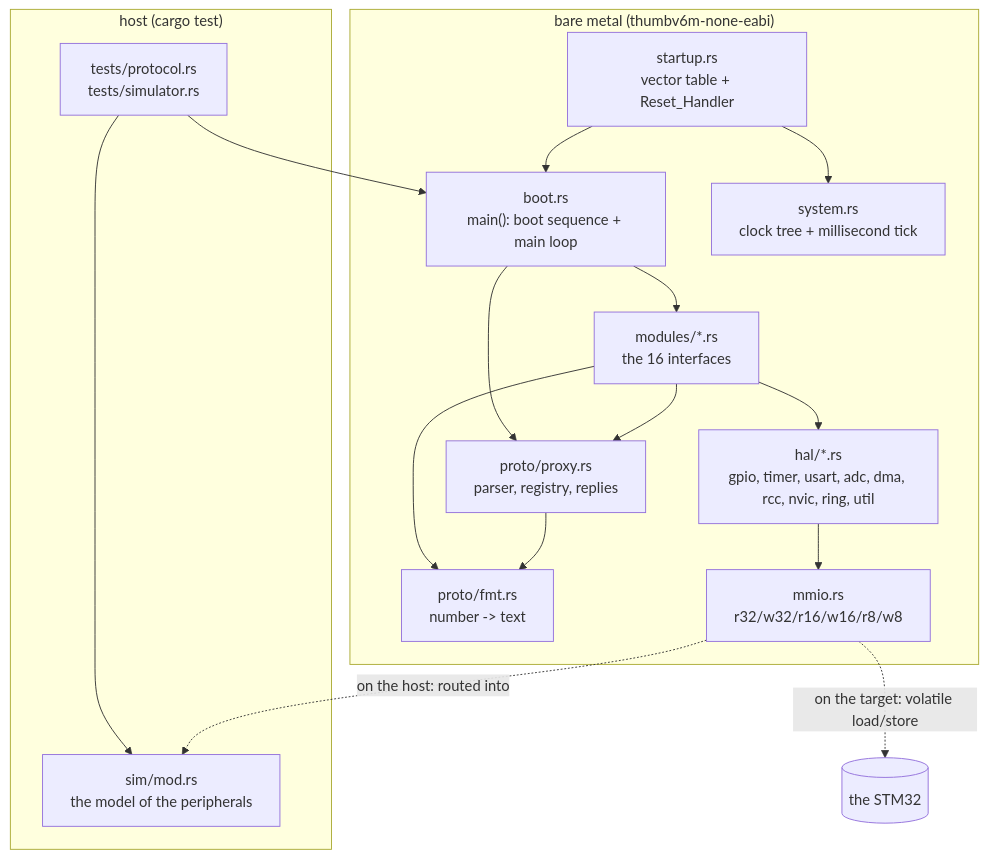
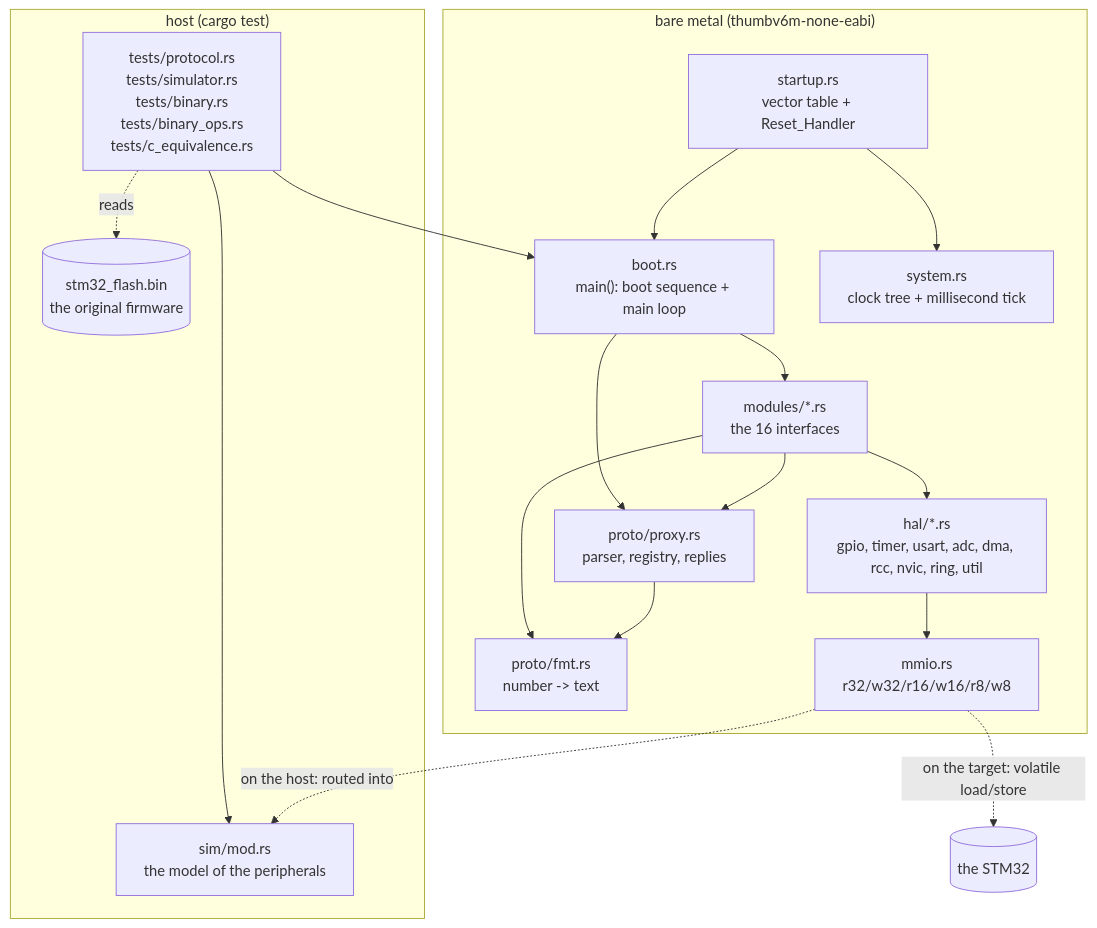
The first of 4 diagrams in rust/ARCHITECTURE.md (mikes28/codie-firmware), drawn with Mermaid before and after one commit. The commit also changed other lines of this file and 26 other files, not shown here.

````diff
--- a/rust/ARCHITECTURE.md
+++ b/rust/ARCHITECTURE.md
@@ -11,32 +11,33 @@
 ```mermaid
 flowchart TD
     subgraph target["bare metal (thumbv6m-none-eabi)"]
         VEC["startup.rs<br/>vector table + Reset_Handler"]
         BOOT["boot.rs<br/>main(): boot sequence + main loop"]
         SYS["system.rs<br/>clock tree + millisecond tick"]
         MOD["modules/*.rs<br/>the 16 interfaces"]
         PROTO["proto/proxy.rs<br/>parser, registry, replies"]
         FMT["proto/fmt.rs<br/>number -> text"]
         HAL["hal/*.rs<br/>gpio, timer, usart, adc, dma, rcc, nvic, ring, util"]
         MMIO["mmio.rs<br/>r32/w32/r16/w16/r8/w8"]
         VEC --> BOOT
         VEC --> SYS
         BOOT --> MOD
         BOOT --> PROTO
         MOD --> PROTO
         MOD --> HAL
         MOD --> FMT
         PROTO --> FMT
         HAL --> MMIO
     end
 
     subgraph host["host (cargo test)"]
         SIM["sim/mod.rs<br/>the model of the peripherals"]
-        TESTS["tests/protocol.rs<br/>tests/simulator.rs"]
+        TESTS["tests/protocol.rs<br/>tests/simulator.rs<br/>tests/binary.rs<br/>tests/binary_ops.rs<br/>tests/c_equivalence.rs"]
         TESTS --> SIM
         TESTS --> BOOT
+        TESTS -. "reads" .-> DUMP[("stm32_flash.bin<br/>the original firmware")]
     end
 
     MMIO -. "on the target: volatile load/store" .-> HW[("the STM32")]
     MMIO -. "on the host: routed into" .-> SIM
 ```
````
